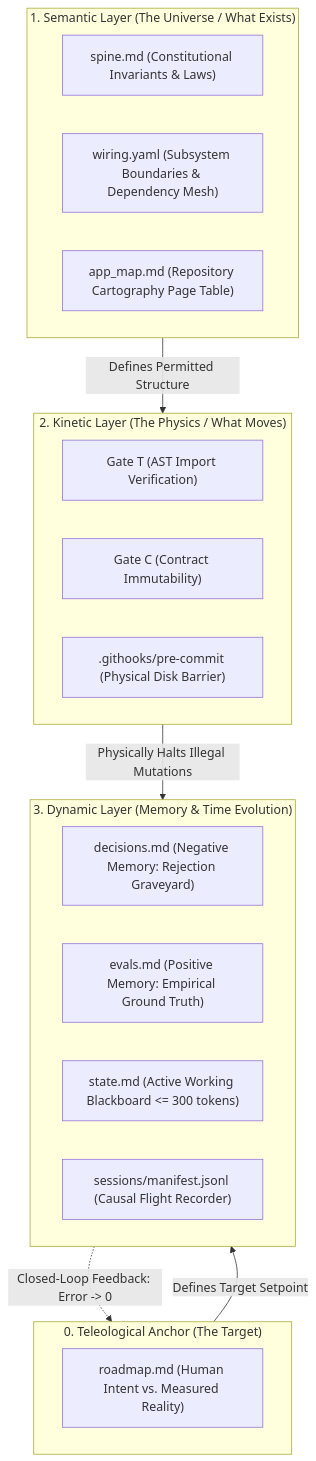
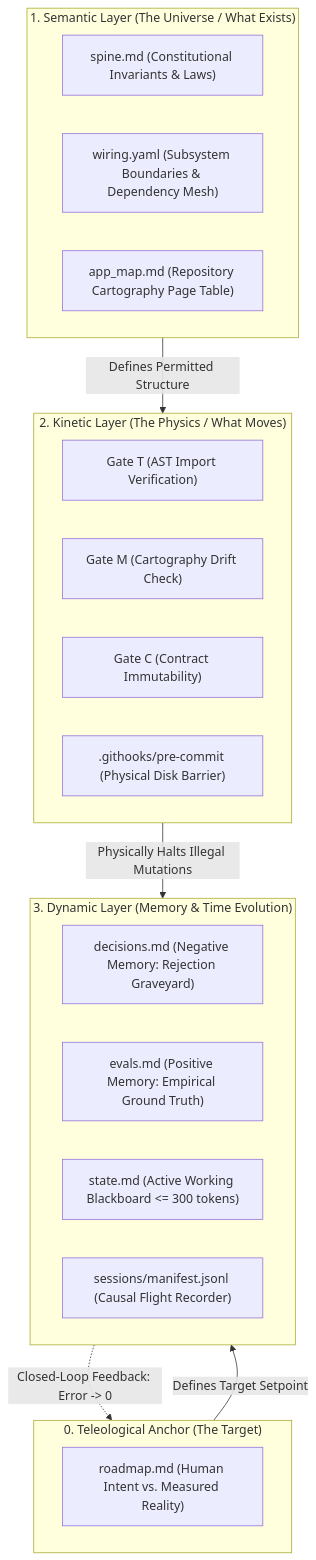
The first of 2 diagrams in README.md (adamm285-dev/Spec-Driven-Cognitive-Scaffolding-SDCS), drawn with Mermaid before and after one commit. The commit also changed other lines of this file and 6 other files, not shown here.

````diff
--- a/README.md
+++ b/README.md
@@ -183,30 +183,31 @@
 ```mermaid
 flowchart TD
     subgraph SETPOINT ["0. Teleological Anchor (The Target)"]
         RM["roadmap.md (Human Intent vs. Measured Reality)"]
     end
 
     subgraph SEMANTIC ["1. Semantic Layer (The Universe / What Exists)"]
         SP["spine.md (Constitutional Invariants & Laws)"]
         WY["wiring.yaml (Subsystem Boundaries & Dependency Mesh)"]
         AM["app_map.md (Repository Cartography Page Table)"]
     end
 
     subgraph KINETIC ["2. Kinetic Layer (The Physics / What Moves)"]
         GT["Gate T (AST Import Verification)"]
+        GM["Gate M (Cartography Drift Check)"]
         GC["Gate C (Contract Immutability)"]
         GH[".githooks/pre-commit (Physical Disk Barrier)"]
     end
 
     subgraph DYNAMIC ["3. Dynamic Layer (Memory & Time Evolution)"]
         DM["decisions.md (Negative Memory: Rejection Graveyard)"]
         EV["evals.md (Positive Memory: Empirical Ground Truth)"]
         ST["state.md (Active Working Blackboard <= 300 tokens)"]
         FR["sessions/manifest.jsonl (Causal Flight Recorder)"]
     end
 
     SETPOINT -->|Defines Target Setpoint| DYNAMIC
     SEMANTIC -->|Defines Permitted Structure| KINETIC
     KINETIC -->|Physically Halts Illegal Mutations| DYNAMIC
     DYNAMIC -.->|Closed-Loop Feedback: Error -> 0| SETPOINT
 ```
````
